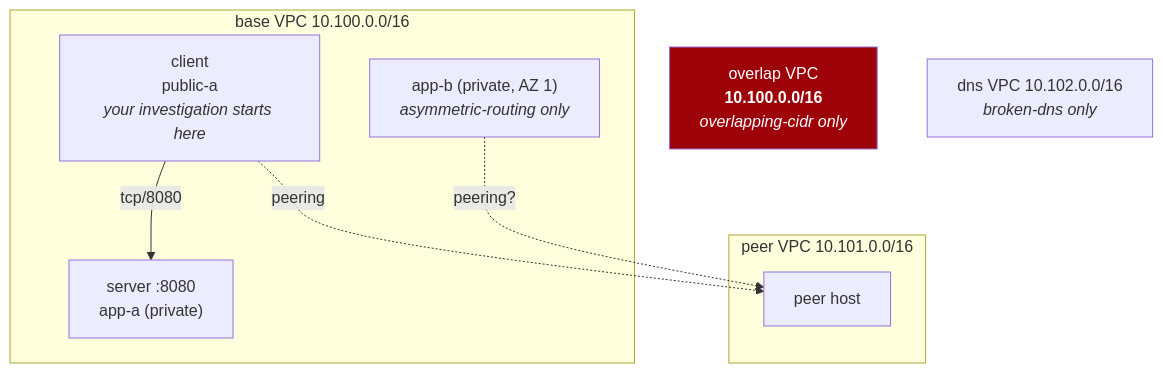
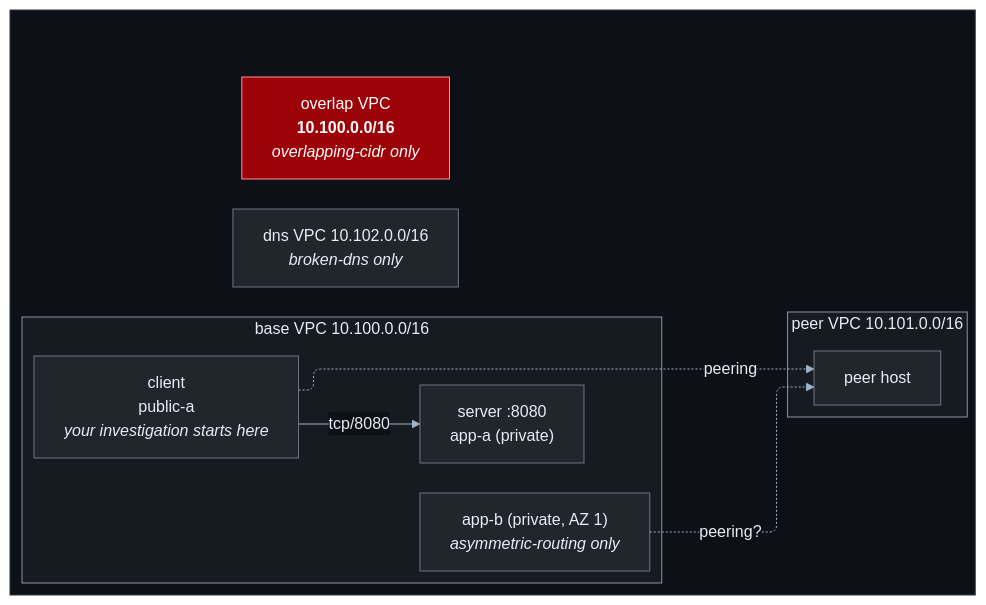
One commit to HuyNguyen260398/aws-network-architecture changed the second of 2 diagrams in labs/10-troubleshooting-challenges/README.md. Above: the diagram before and after it, drawn with Mermaid. The commit also changed other lines of this file and 13 other files, not shown here.

First line of the commit message:
docs(diagrams): restyle all Mermaid diagrams for dark mode and orthogonal lines

````diff
--- a/labs/10-troubleshooting-challenges/README.md
+++ b/labs/10-troubleshooting-challenges/README.md
@@ -94,21 +120,47 @@
 ```mermaid
-graph TB
-    subgraph BASE["base VPC 10.100.0.0/16"]
-        CLIENT["client<br/>public-a<br/><i>your investigation starts here</i>"]
-        SERVER["server :8080<br/>app-a (private)"]
-        APPB["app-b (private, AZ 1)<br/><i>asymmetric-routing only</i>"]
+---
+config:
+  layout: elk
+  theme: base
+  themeVariables:
+    lineColor: "#9fb3c8"
+    textColor: "#e6edf3"
+    primaryColor: "#21262d"
+    primaryTextColor: "#e6edf3"
+    primaryBorderColor: "#6e7681"
+    edgeLabelBackground: "#0d1117"
+    clusterBkg: "#161b22"
+    clusterBorder: "#6e7681"
+    titleColor: "#e6edf3"
+  flowchart:
+    curve: rounded
+    wrappingWidth: 420
+---
+flowchart LR
+    subgraph CANVAS[" "]
+        subgraph BASE["base VPC 10.100.0.0/16"]
+            CLIENT["client<br/>public-a<br/><i>your investigation starts here</i>"]
+            SERVER["server :8080<br/>app-a (private)"]
+            APPB["app-b (private, AZ 1)<br/><i>asymmetric-routing only</i>"]
+        end
+
+        subgraph PEER["peer VPC 10.101.0.0/16"]
+            PEERI["peer host"]
+        end
+
+        OVERLAP["overlap VPC<br/><b>10.100.0.0/16</b><br/><i>overlapping-cidr only</i>"]
+        DNSVPC["dns VPC 10.102.0.0/16<br/><i>broken-dns only</i>"]
     end
-
-    subgraph PEER["peer VPC 10.101.0.0/16"]
-        PEERI["peer host"]
-    end
-
-    OVERLAP["overlap VPC<br/><b>10.100.0.0/16</b><br/><i>overlapping-cidr only</i>"]
-    DNSVPC["dns VPC 10.102.0.0/16<br/><i>broken-dns only</i>"]
 
     CLIENT -->|"tcp/8080"| SERVER
     CLIENT -.->|"peering"| PEERI
     APPB -.->|"peering?"| PEERI
 
-    style OVERLAP fill:#9d0208,color:#fff
+    classDef canvas fill:#0d1117,stroke:#30363d,color:#e6edf3
+    classDef vpc fill:#161b22,stroke:#8b949e,color:#e6edf3
+    classDef billed fill:#9d0208,stroke:#ff8fa3,color:#fff
+
+    class CANVAS canvas
+    class BASE,PEER vpc
+    class OVERLAP billed
 ```
````
